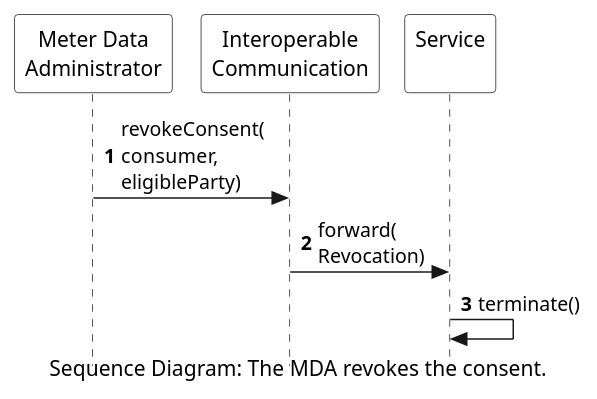
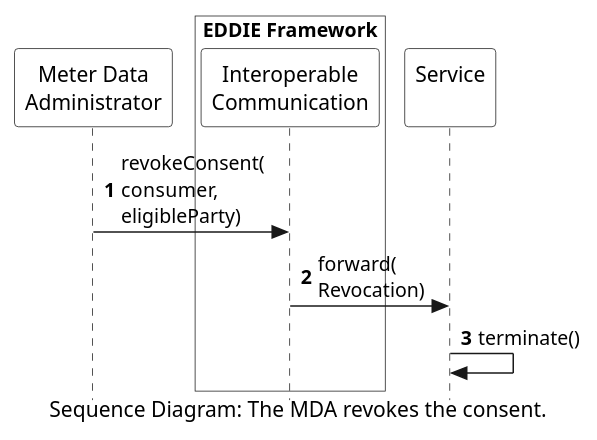
The diagram in arc42/06-runtime-view/consent-revocation/consent-revocation-meter-data-admin/figures/consent-revocation-meter-data-admin.puml (eddie-energy/architecture), drawn with PlantUML before and after one commit. The commit also changed 9 other files, not shown here.

Commit message:
Add boxes in the sequence diagrams of runtime view

```diff
--- a/arc42/06-runtime-view/consent-revocation/consent-revocation-meter-data-admin/figures/consent-revocation-meter-data-admin.puml
+++ b/arc42/06-runtime-view/consent-revocation/consent-revocation-meter-data-admin/figures/consent-revocation-meter-data-admin.puml
@@ -1,21 +1,23 @@
 @startuml consent-revocation-meter-data-admin
 'sequence diagram
 caption Sequence Diagram: The MDA revokes the consent.
 
 skinparam style strictuml
 skinparam sequence {
   ParticipantBackgroundColor transparent
   ActorBackgroundColor transparent
 }
 
 autonumber
 
 participant "Meter Data\nAdministrator" as user
-participant "Interoperable\nCommunication" as comm
+box "EDDIE Framework" #transparent
+  participant "Interoperable\nCommunication" as comm
+end box
 participant "Service\n" as service
 
 user -> comm : revokeConsent(\nconsumer,\neligibleParty)
 comm -> service : forward(\nRevocation)
 service -> service : terminate()
 
 @enduml
```
